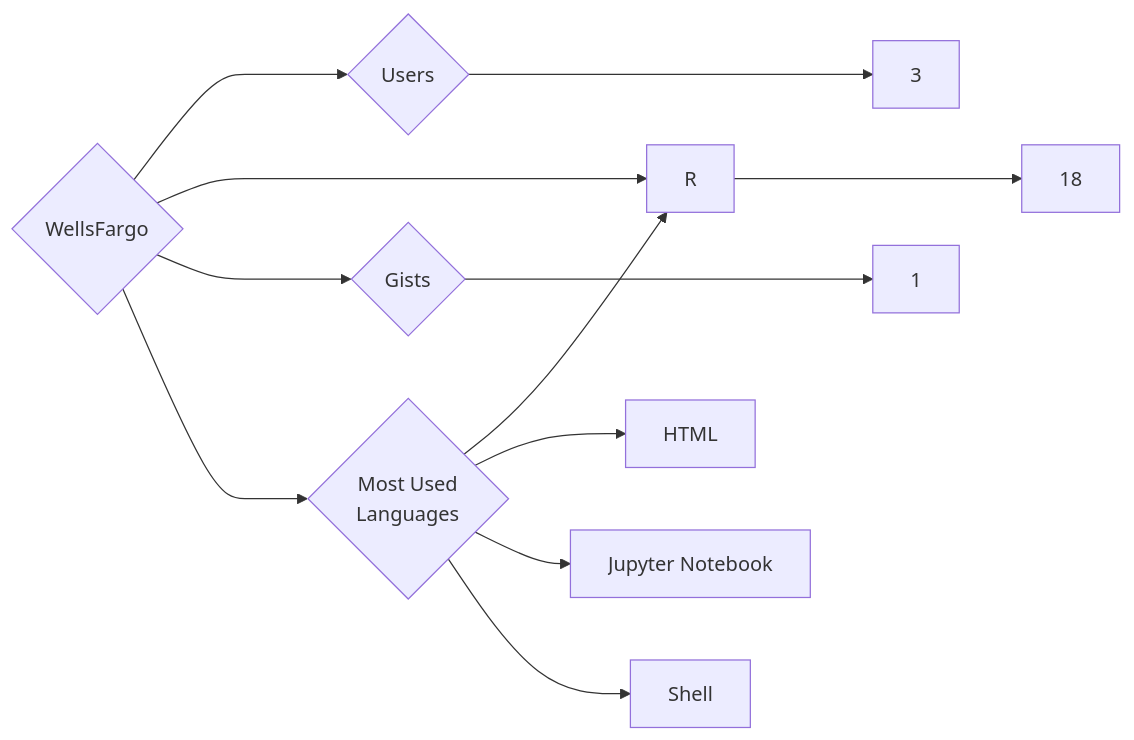
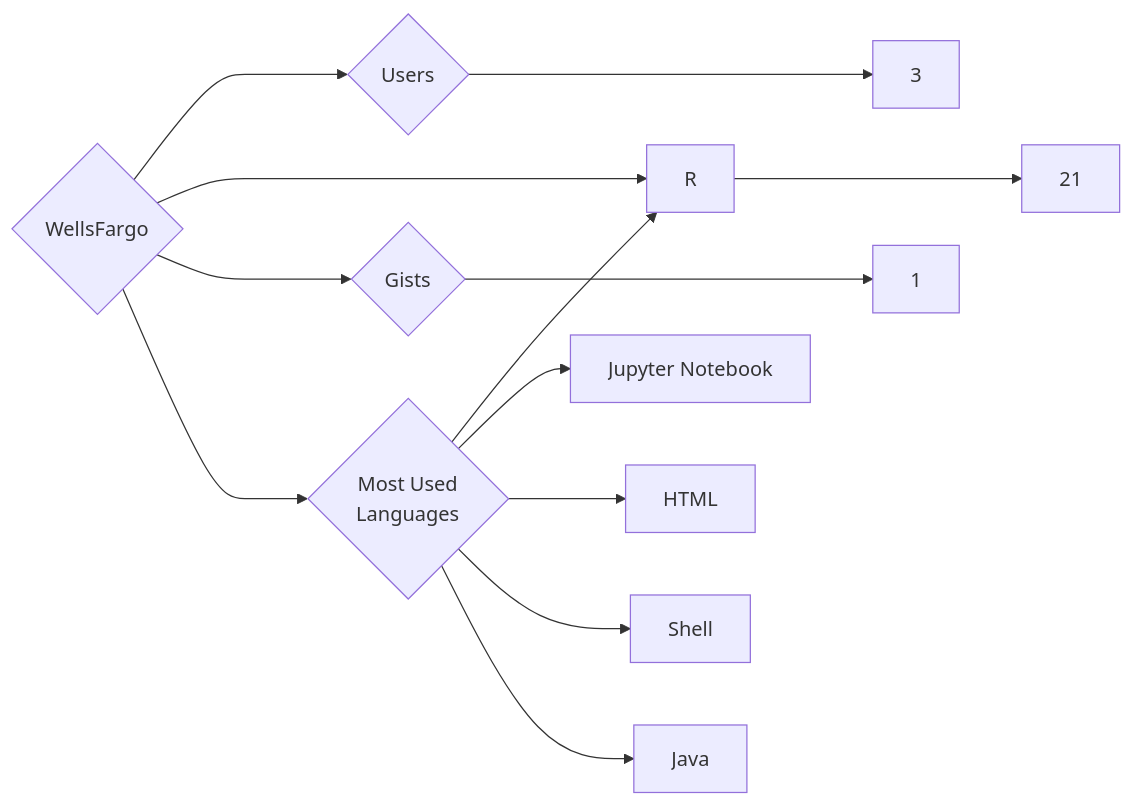
One commit to trickest/insiders changed the diagram in targets/WellsFargo/README.md. Above: the diagram before and after it, drawn with Mermaid. The commit also changed 903 other files, not shown here.

````diff
--- a/targets/WellsFargo/README.md
+++ b/targets/WellsFargo/README.md
@@ -3,12 +3,13 @@
 ```mermaid
 graph LR
 COMPANY_NAME{WellsFargo}
 COMPANY_NAME ---> U{Users} ---> UN[3]
-COMPANY_NAME ---> R{Repositories} ---> RN[18]
+COMPANY_NAME ---> R{Repositories} ---> RN[21]
 COMPANY_NAME ---> G{Gists} ---> GN[1]
 COMPANY_NAME ---> ML{Most Used<br>Languages}
 ML --> R[R]
+ML --> Jupyter_Notebook[Jupyter Notebook]
 ML --> HTML[HTML]
-ML --> Jupyter_Notebook[Jupyter Notebook]
 ML --> Shell[Shell]
+ML --> Java[Java]
 ```
````
